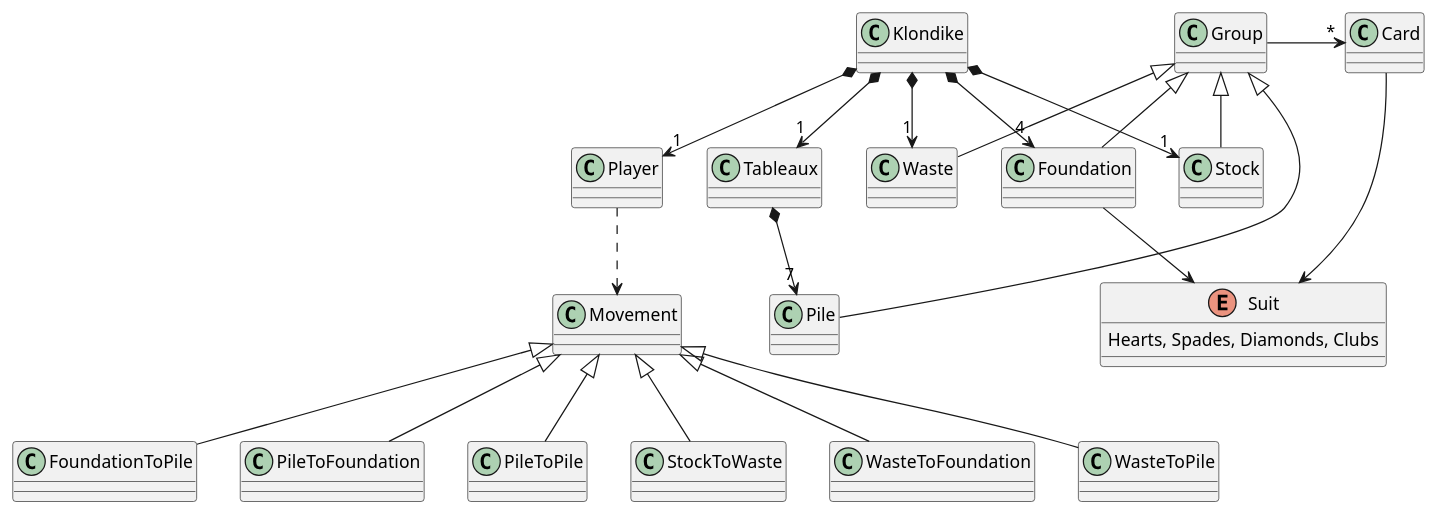
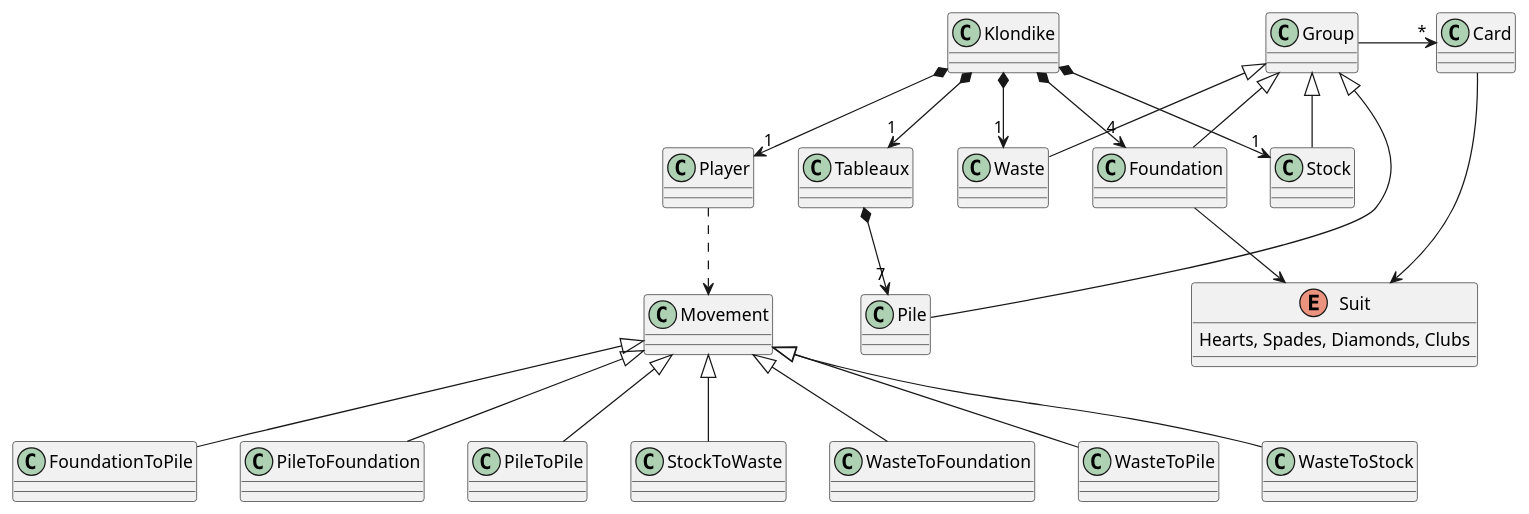
Before and after one commit to ciscoruiz/klondike: the diagram in domainModel/entities.puml, drawn with PlantUML. The commit also changed 1 other file, not shown here.

Commit message:
Update Domain Model   Add MoveFromWasteToPile
Update UseCases
  Add verb Move
  Validation is not a UC
  Show Result chaged to Show Game

```diff
--- a/domainModel/entities.puml
+++ b/domainModel/entities.puml
@@ -1,34 +1,35 @@
 @startuml
 
 enum Suit {
  Hearts, Spades, Diamonds, Clubs
 }
 
 Card --> Suit
 
 Group -> "*" Card
 Group <|-down- Pile
 Group <|-down- Stock
 Group <|-down- Waste
 Group <|-down- Foundation
 
 
 Tableaux *-down-> "7" Pile
 Klondike *-down-> "1" Stock
 Klondike *-down-> "1" Waste
 Klondike *-down-> "1" Tableaux
 Klondike *-down-> "4" Foundation
 Klondike *-down-> "1" Player
 
 Foundation --> Suit
 
 Player..>Movement
 
 Movement <|-- FoundationToPile
 Movement <|-- PileToFoundation
 Movement <|-- PileToPile
 Movement <|-- StockToWaste
 Movement <|-- WasteToFoundation
 Movement <|-- WasteToPile
+Movement <|-- WasteToStock
 
 @enduml
```
